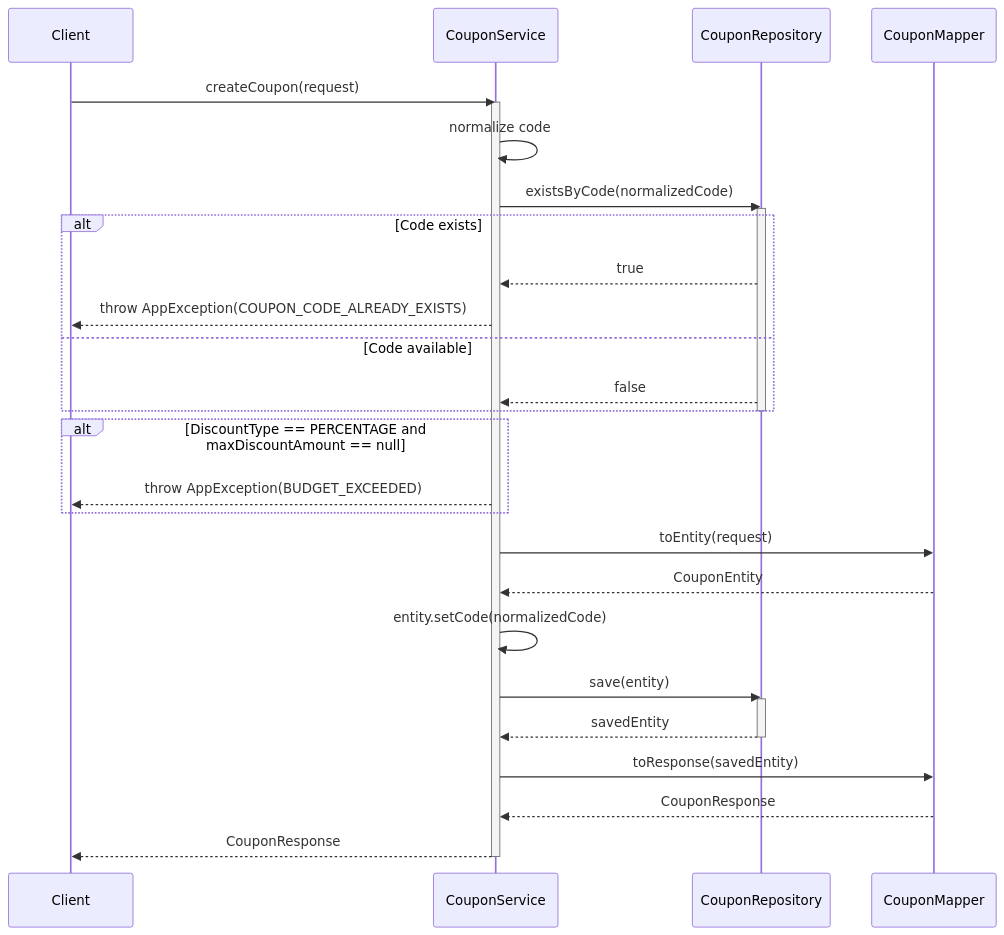
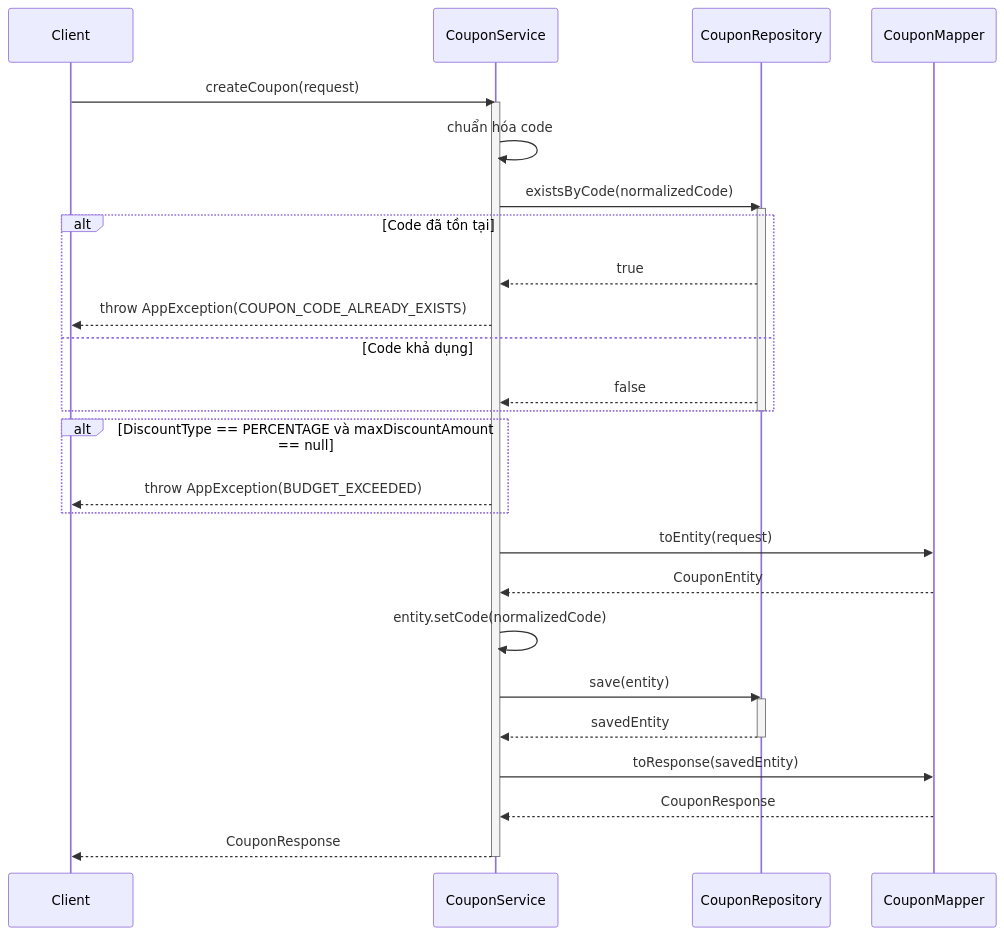
Before and after one commit to aquoc09/easymall: the first of 4 diagrams in .agent/sequence/coupon_service_sequence_diagrams.md, drawn with Mermaid. The commit also changed other lines of this file and 18 other files, not shown here.

Commit message:
UPDATE: Sequence diagram vietnamese

````diff
--- a/.agent/sequence/coupon_service_sequence_diagrams.md
+++ b/.agent/sequence/coupon_service_sequence_diagrams.md
@@ -7,42 +7,42 @@
 ```mermaid
 sequenceDiagram
     participant Client
     participant CouponService
     participant CouponRepository
     participant CouponMapper
 
     Client->>CouponService: createCoupon(request)
     activate CouponService
 
-    CouponService->>CouponService: normalize code
+    CouponService->>CouponService: chuẩn hóa code
 
     CouponService->>CouponRepository: existsByCode(normalizedCode)
     activate CouponRepository
-    alt Code exists
+    alt Code đã tồn tại
         CouponRepository-->>CouponService: true
         CouponService-->>Client: throw AppException(COUPON_CODE_ALREADY_EXISTS)
-    else Code available
+    else Code khả dụng
         CouponRepository-->>CouponService: false
     end
     deactivate CouponRepository
 
-    alt DiscountType == PERCENTAGE and maxDiscountAmount == null
+    alt DiscountType == PERCENTAGE và maxDiscountAmount == null
         CouponService-->>Client: throw AppException(BUDGET_EXCEEDED)
     end
 
     CouponService->>CouponMapper: toEntity(request)
     CouponMapper-->>CouponService: CouponEntity
     
     CouponService->>CouponService: entity.setCode(normalizedCode)
 
     CouponService->>CouponRepository: save(entity)
     activate CouponRepository
     CouponRepository-->>CouponService: savedEntity
     deactivate CouponRepository
     
     CouponService->>CouponMapper: toResponse(savedEntity)
     CouponMapper-->>CouponService: CouponResponse
 
     CouponService-->>Client: CouponResponse
     deactivate CouponService
 ```
````
